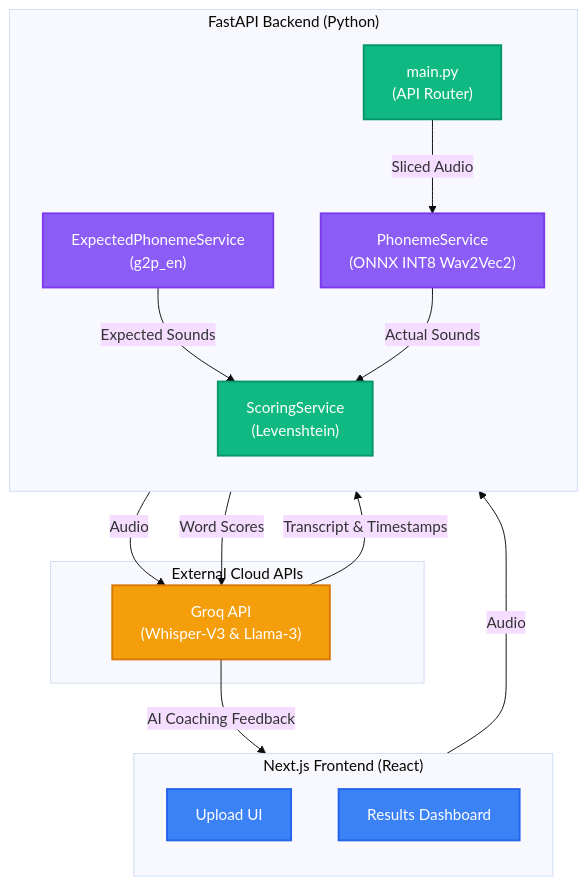
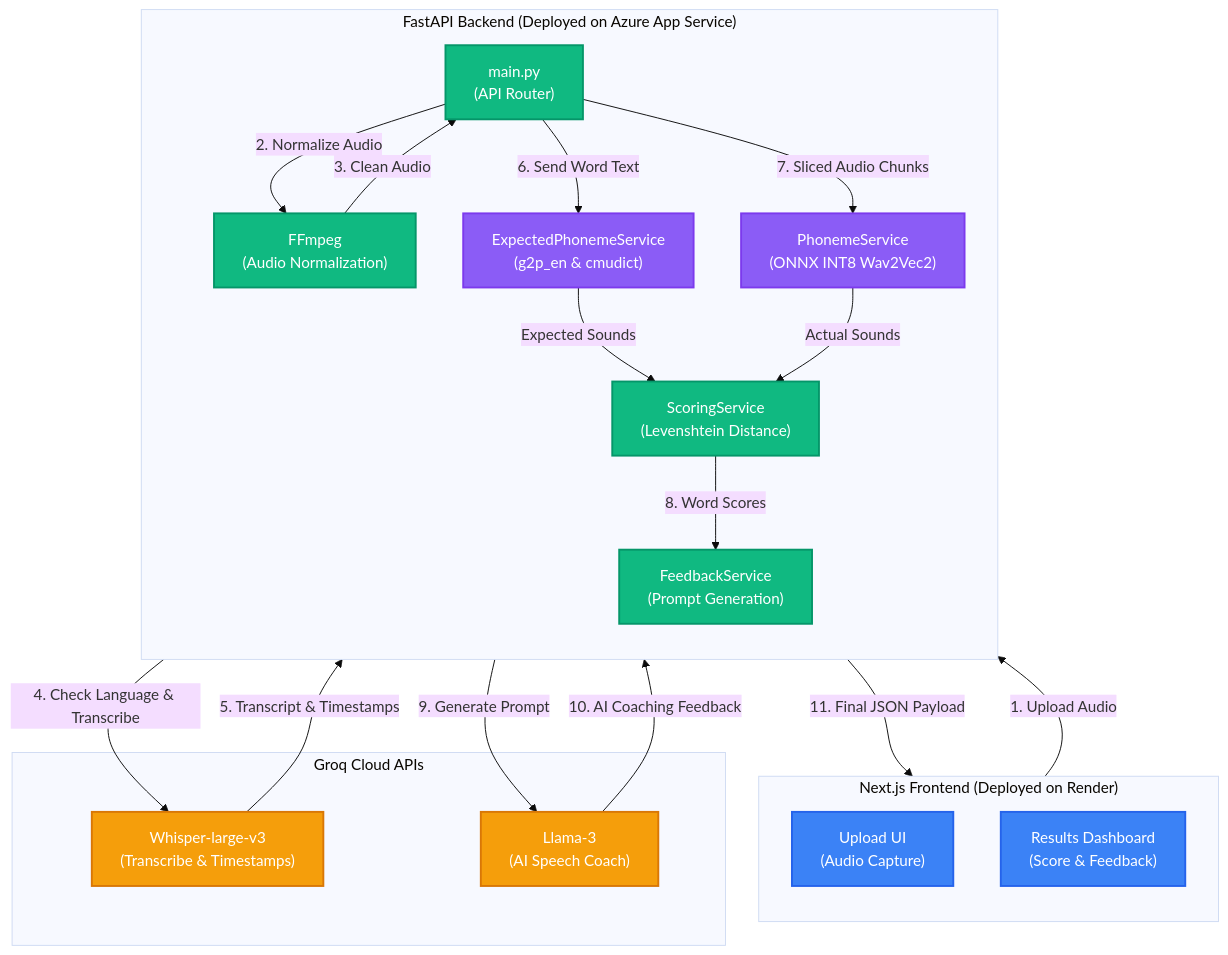
The diagram in README.md (Bodhi132/voiceai), drawn with Mermaid (base theme) before and after one commit.

Commit message:
Readme updated

````diff
--- a/README.md
+++ b/README.md
@@ -19,34 +19,47 @@
 ```mermaid
 flowchart TD
     classDef frontend fill:#3B82F6,stroke:#2563EB,stroke-width:2px,color:white;
     classDef backend fill:#10B981,stroke:#059669,stroke-width:2px,color:white;
     classDef external fill:#F59E0B,stroke:#D97706,stroke-width:2px,color:white;
     classDef aiModel fill:#8B5CF6,stroke:#7C3AED,stroke-width:2px,color:white;
 
-    subgraph Client ["Next.js Frontend (React)"]
+    subgraph Client ["Next.js Frontend (Deployed on Render)"]
         direction TB
-        UploadPage["Upload UI"]:::frontend
-        ResultsPage["Results Dashboard"]:::frontend
+        UploadPage["Upload UI\n(Audio Capture)"]:::frontend
+        ResultsPage["Results Dashboard\n(Score & Feedback)"]:::frontend
     end
 
-    subgraph Server ["FastAPI Backend (Python)"]
+    subgraph Server ["FastAPI Backend (Deployed on Azure App Service)"]
         direction TB
         MainRouter["main.py\n(API Router)"]:::backend
-        ExpectedPhonemes["ExpectedPhonemeService\n(g2p_en)"]:::aiModel
+        FFmpeg["FFmpeg\n(Audio Normalization)"]:::backend
+        ExpectedPhonemes["ExpectedPhonemeService\n(g2p_en & cmudict)"]:::aiModel
         ActualPhonemes["PhonemeService\n(ONNX INT8 Wav2Vec2)"]:::aiModel
-        Scorer["ScoringService\n(Levenshtein)"]:::backend
+        Scorer["ScoringService\n(Levenshtein Distance)"]:::backend
+        Feedback["FeedbackService\n(Prompt Generation)"]:::backend
     end
 
-    subgraph Cloud ["External Cloud APIs"]
-        Groq["Groq API\n(Whisper-V3 & Llama-3)"]:::external
+    subgraph Cloud ["Groq Cloud APIs"]
+        GroqWhisper["Whisper-large-v3\n(Transcribe & Timestamps)"]:::external
+        GroqLlama["Llama-3\n(AI Speech Coach)"]:::external
     end
 
-    UploadPage -- "Audio" --> MainRouter
-    MainRouter -- "Audio" --> Groq
-    Groq -- "Transcript & Timestamps" --> ExpectedPhonemes
-    MainRouter -- "Sliced Audio" --> ActualPhonemes
+    UploadPage -- "1. Upload Audio" --> MainRouter
+    MainRouter -- "2. Normalize Audio" --> FFmpeg
+    FFmpeg -- "3. Clean Audio" --> MainRouter
+    
+    MainRouter -- "4. Check Language & Transcribe" --> GroqWhisper
+    GroqWhisper -- "5. Transcript & Timestamps" --> MainRouter
+    
+    MainRouter -- "6. Send Word Text" --> ExpectedPhonemes
+    MainRouter -- "7. Sliced Audio Chunks" --> ActualPhonemes
+    
     ExpectedPhonemes -- "Expected Sounds" --> Scorer
     ActualPhonemes -- "Actual Sounds" --> Scorer
-    Scorer -- "Word Scores" --> Groq
-    Groq -- "AI Coaching Feedback" --> ResultsPage
+    
+    Scorer -- "8. Word Scores" --> Feedback
+    Feedback -- "9. Generate Prompt" --> GroqLlama
+    GroqLlama -- "10. AI Coaching Feedback" --> Feedback
+    
+    Feedback -- "11. Final JSON Payload" --> ResultsPage
 ```
````
